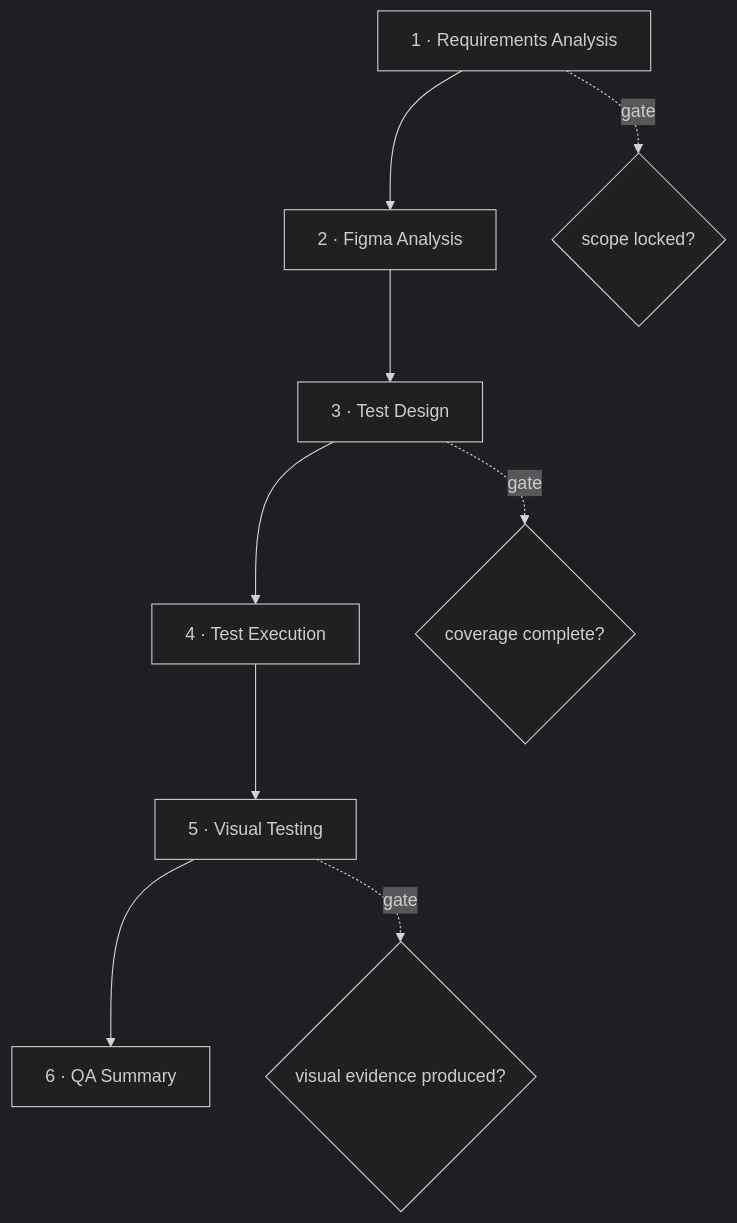
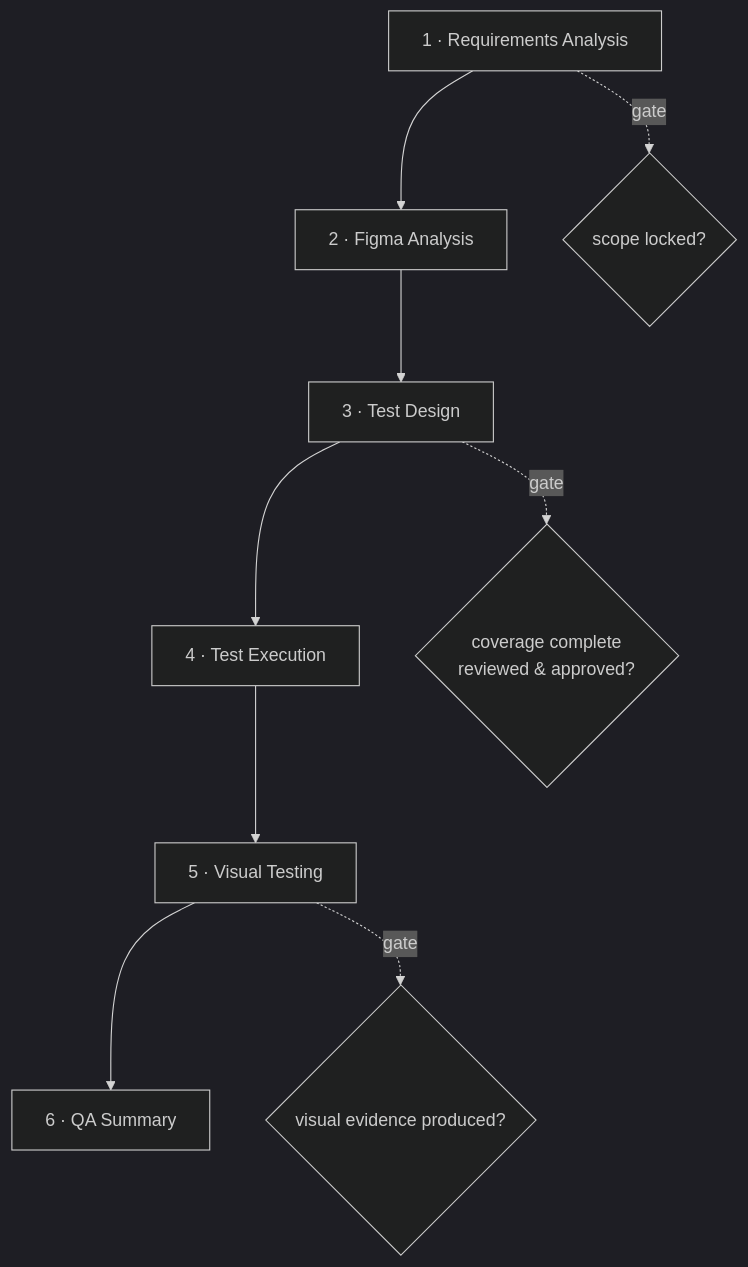
The diagram in docs/ai/QA_PROCESS.md (Breadfast/breadfast-qa), drawn with Mermaid (dark theme) before and after one commit. The commit also changed other lines of this file and 66 other files, not shown here.

````diff
--- a/docs/ai/QA_PROCESS.md
+++ b/docs/ai/QA_PROCESS.md
@@ -44,11 +47,11 @@
 ```mermaid
 flowchart TD
   P1[1 · Requirements Analysis] --> P2[2 · Figma Analysis]
   P2 --> P3[3 · Test Design]
   P3 --> P4[4 · Test Execution]
   P4 --> P5[5 · Visual Testing]
   P5 --> P6[6 · QA Summary]
   P1 -. gate .-> G1{scope locked?}
-  P3 -. gate .-> G3{coverage complete?}
+  P3 -. gate .-> G3{coverage complete<br/>reviewed & approved?}
   P5 -. gate .-> G5{visual evidence produced?}
 ```
````
